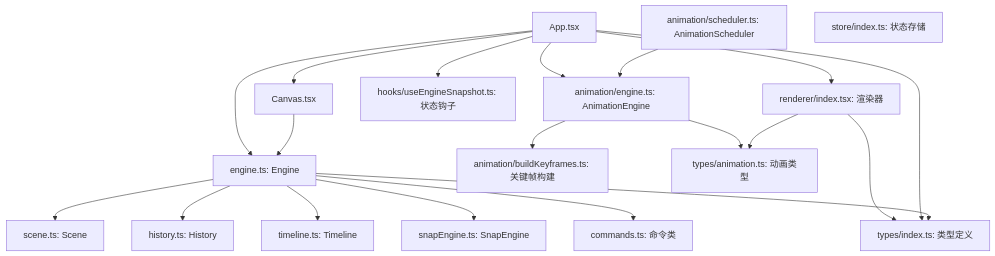
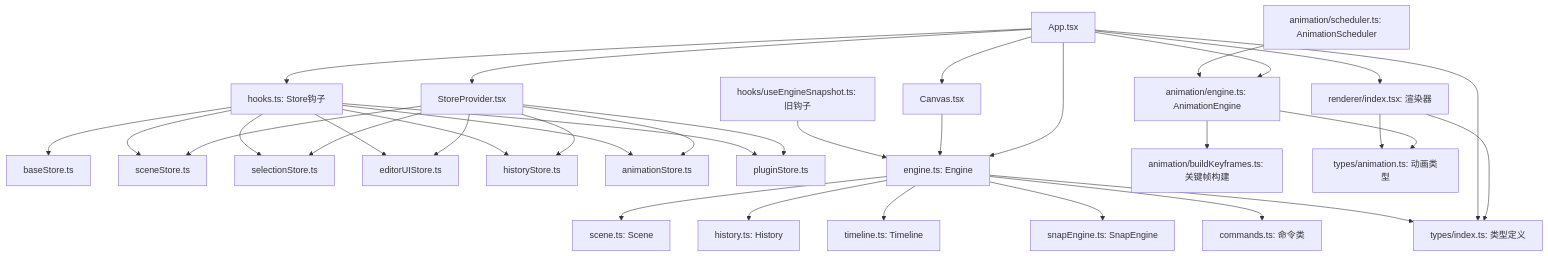
Diagram 14 of 14 in .qoder/repowiki/zh/content/核心架构/核心架构.md (Anna0314zy/ai_editor_enginer), drawn with Mermaid before and after one commit. The commit also changed other lines of this file and 17 other files, not shown here.

````diff
--- a/.qoder/repowiki/zh/content/核心架构/核心架构.md
+++ b/.qoder/repowiki/zh/content/核心架构/核心架构.md
@@ -626,37 +891,60 @@
 ```mermaid
 graph TB
 APP["App.tsx"]
 CANVAS["Canvas.tsx"]
+STORE_PROVIDER["StoreProvider.tsx"]
+BASE_STORE["baseStore.ts"]
+SCENE_STORE["sceneStore.ts"]
+SELECTION_STORE["selectionStore.ts"]
+EDITOR_UI_STORE["editorUIStore.ts"]
+HISTORY_STORE["historyStore.ts"]
+ANIMATION_STORE["animationStore.ts"]
+PLUGIN_STORE["pluginStore.ts"]
 ENGINE["engine.ts: Engine"]
 SCENE["scene.ts: Scene"]
 HISTORY["history.ts: History"]
 TIMELINE["timeline.ts: Timeline"]
 SNAP["snapEngine.ts: SnapEngine"]
 CMDS["commands.ts: 命令类"]
 ANIM_ENGINE["animation/engine.ts: AnimationEngine"]
 ANIM_SCHED["animation/scheduler.ts: AnimationScheduler"]
 BUILD_KEYFRAMES["animation/buildKeyframes.ts: 关键帧构建"]
 TYPES["types/index.ts: 类型定义"]
 TYPES_ANIM["types/animation.ts: 动画类型"]
-HOOKS["hooks/useEngineSnapshot.ts: 状态钩子"]
+HOOKS["hooks.ts: Store钩子"]
+HOOKS_OLD["hooks/useEngineSnapshot.ts: 旧钩子"]
 RENDERER["renderer/index.tsx: 渲染器"]
-STORE["store/index.ts: 状态存储"]
+APP --> STORE_PROVIDER
+STORE_PROVIDER --> SCENE_STORE
+STORE_PROVIDER --> SELECTION_STORE
+STORE_PROVIDER --> EDITOR_UI_STORE
+STORE_PROVIDER --> HISTORY_STORE
+STORE_PROVIDER --> ANIMATION_STORE
+STORE_PROVIDER --> PLUGIN_STORE
 APP --> ENGINE
 APP --> ANIM_ENGINE
 APP --> CANVAS
 APP --> HOOKS
 CANVAS --> ENGINE
 ENGINE --> SCENE
 ENGINE --> HISTORY
 ENGINE --> TIMELINE
 ENGINE --> SNAP
 ENGINE --> CMDS
 ANIM_SCHED --> ANIM_ENGINE
 ANIM_ENGINE --> BUILD_KEYFRAMES
 ANIM_ENGINE --> TYPES_ANIM
 RENDERER --> TYPES
 RENDERER --> TYPES_ANIM
 APP --> RENDERER
 APP --> TYPES
 ENGINE --> TYPES
+HOOKS --> BASE_STORE
+HOOKS --> SCENE_STORE
+HOOKS --> SELECTION_STORE
+HOOKS --> EDITOR_UI_STORE
+HOOKS --> HISTORY_STORE
+HOOKS --> ANIMATION_STORE
+HOOKS --> PLUGIN_STORE
+HOOKS_OLD --> ENGINE
 ```
````
